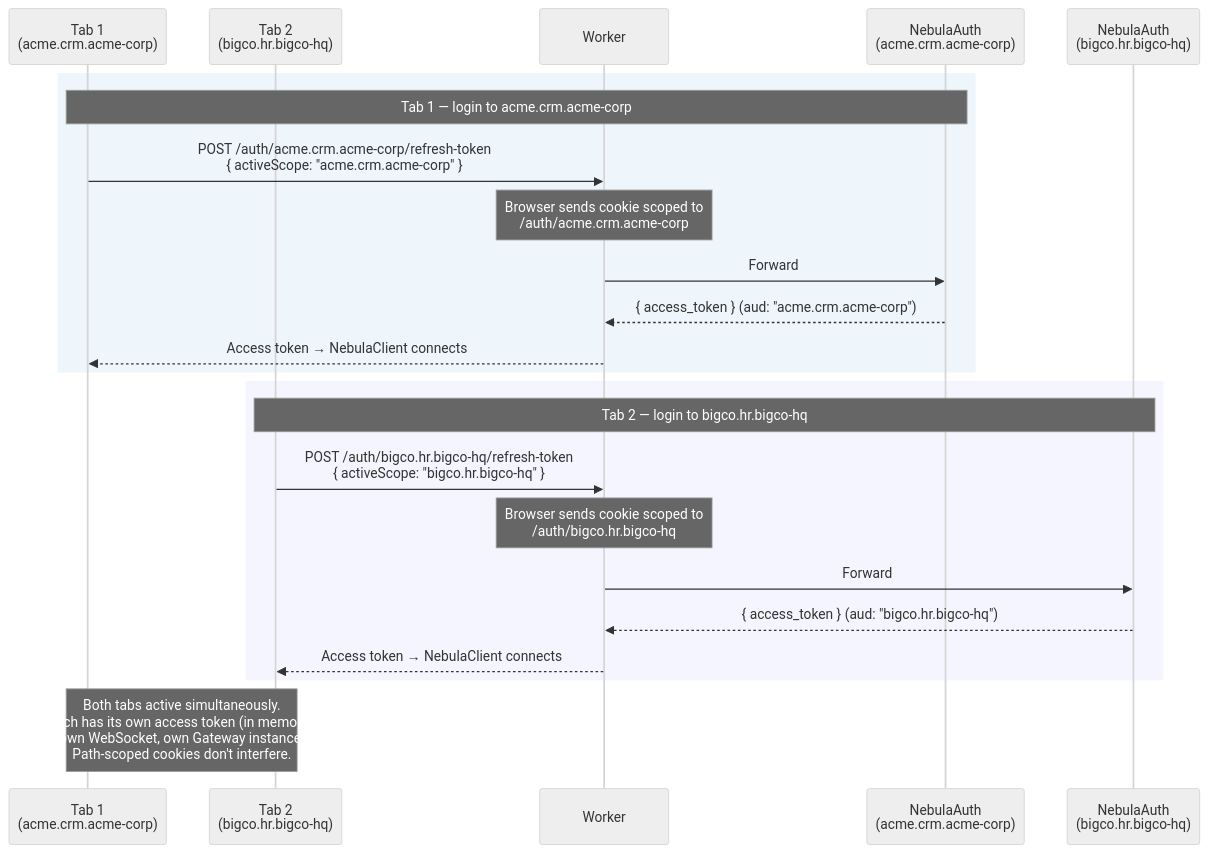
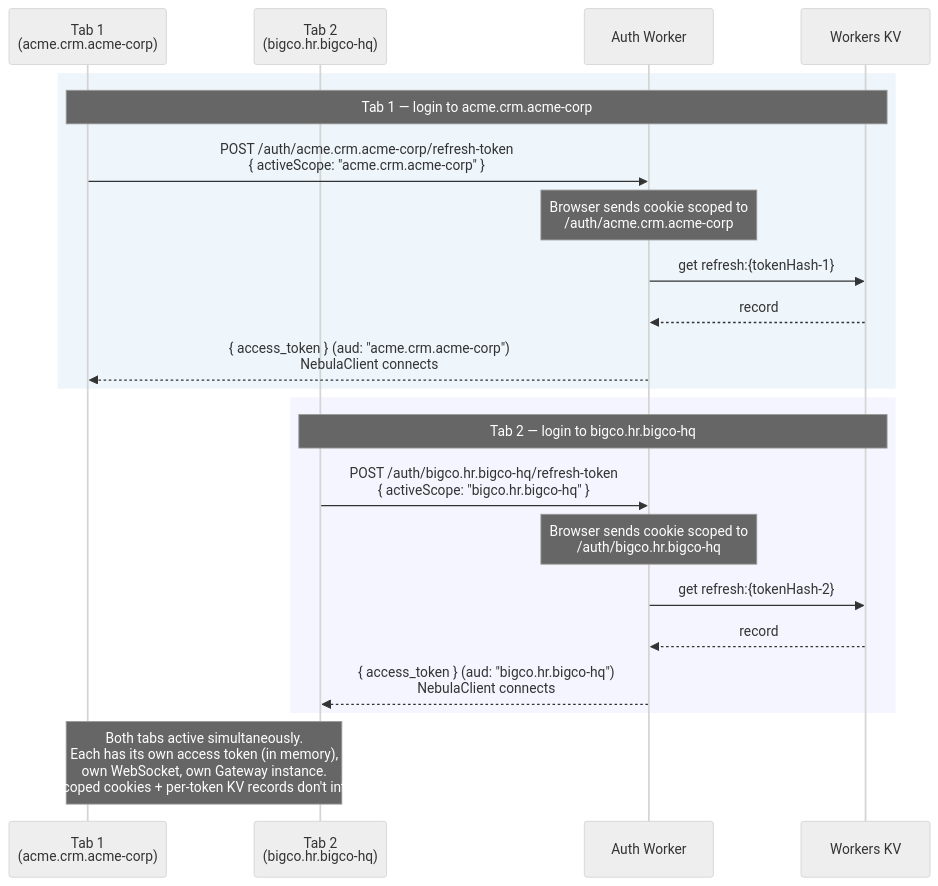
Before and after one commit to lumenize/lumenize: the sixth of 6 diagrams in website/docs/nebula/auth-flows.md, drawn with Mermaid (neutral theme). The commit also changed other lines of this file and 1 other file, not shown here.

First line of the commit message:
docs(nebula): rewrite auth-flows.md to the surrogate-sub model (Phase 5, best-effort)

````diff
--- a/website/docs/nebula/auth-flows.md
+++ b/website/docs/nebula/auth-flows.md
@@ -293,28 +314,27 @@
 ```mermaid
 sequenceDiagram
     participant T1 as Tab 1<br/>(acme.crm.acme-corp)
     participant T2 as Tab 2<br/>(bigco.hr.bigco-hq)
-    participant W as Worker
-    participant NA1 as NebulaAuth<br/>(acme.crm.acme-corp)
-    participant NA2 as NebulaAuth<br/>(bigco.hr.bigco-hq)
+    participant W as Auth Worker
+    participant KV as Workers KV
 
     rect rgba(200, 220, 240, 0.3)
-        Note over T1,NA1: Tab 1 — login to acme.crm.acme-corp
+        Note over T1,KV: Tab 1 — login to acme.crm.acme-corp
         T1->>W: POST /auth/acme.crm.acme-corp/refresh-token<br/>{ activeScope: "acme.crm.acme-corp" }
         Note over W: Browser sends cookie scoped to<br/>/auth/acme.crm.acme-corp
-        W->>NA1: Forward
-        NA1-->>W: { access_token } (aud: "acme.crm.acme-corp")
-        W-->>T1: Access token → NebulaClient connects
+        W->>KV: get refresh:{tokenHash-1}
+        KV-->>W: record
+        W-->>T1: { access_token } (aud: "acme.crm.acme-corp")<br/>NebulaClient connects
     end
 
     rect rgba(220, 220, 255, 0.3)
-        Note over T2,NA2: Tab 2 — login to bigco.hr.bigco-hq
+        Note over T2,KV: Tab 2 — login to bigco.hr.bigco-hq
         T2->>W: POST /auth/bigco.hr.bigco-hq/refresh-token<br/>{ activeScope: "bigco.hr.bigco-hq" }
         Note over W: Browser sends cookie scoped to<br/>/auth/bigco.hr.bigco-hq
-        W->>NA2: Forward
-        NA2-->>W: { access_token } (aud: "bigco.hr.bigco-hq")
-        W-->>T2: Access token → NebulaClient connects
+        W->>KV: get refresh:{tokenHash-2}
+        KV-->>W: record
+        W-->>T2: { access_token } (aud: "bigco.hr.bigco-hq")<br/>NebulaClient connects
     end
 
-    Note over T1,T2: Both tabs active simultaneously.<br/>Each has its own access token (in memory),<br/>own WebSocket, own Gateway instance.<br/>Path-scoped cookies don't interfere.
+    Note over T1,T2: Both tabs active simultaneously.<br/>Each has its own access token (in memory),<br/>own WebSocket, own Gateway instance.<br/>Path-scoped cookies + per-token KV records don't interfere.
 ```
````
